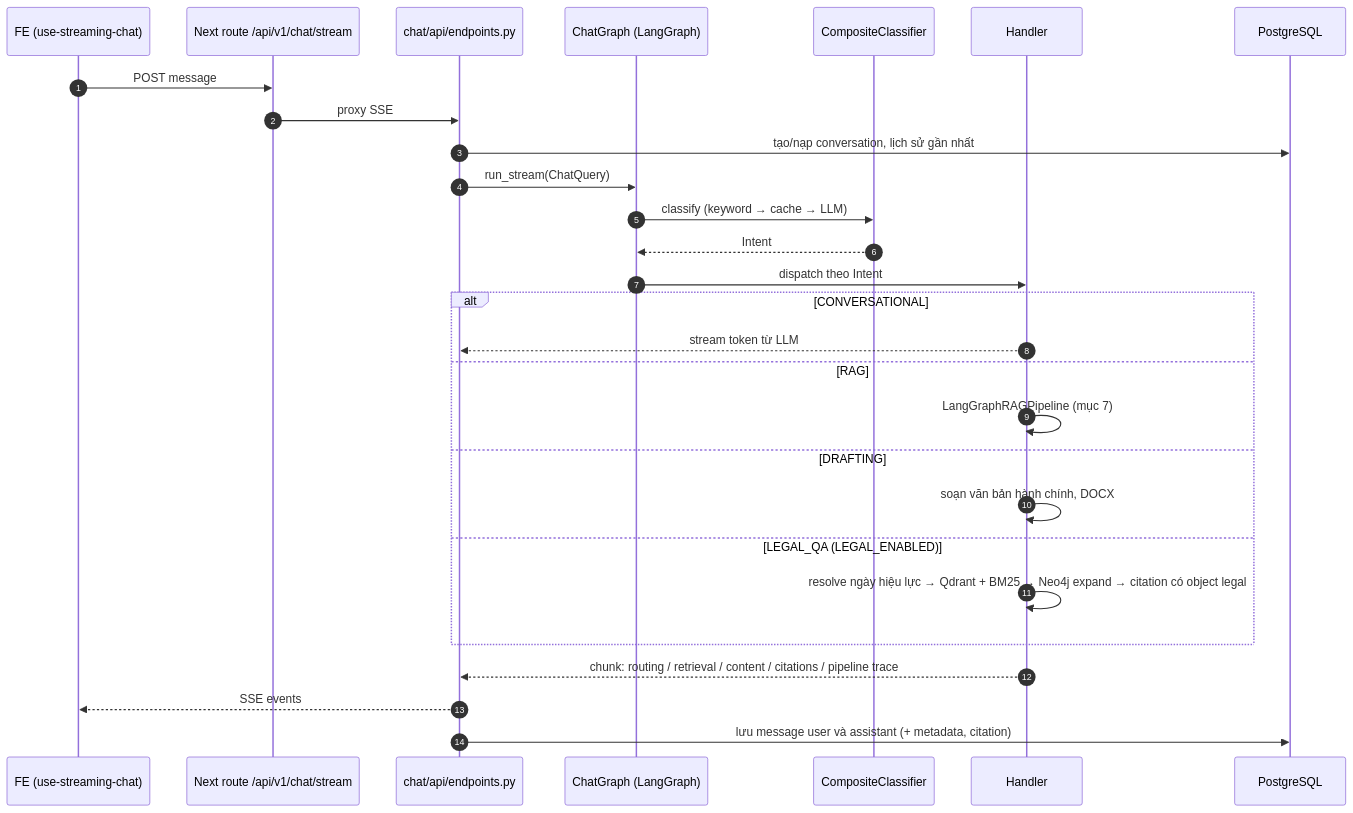
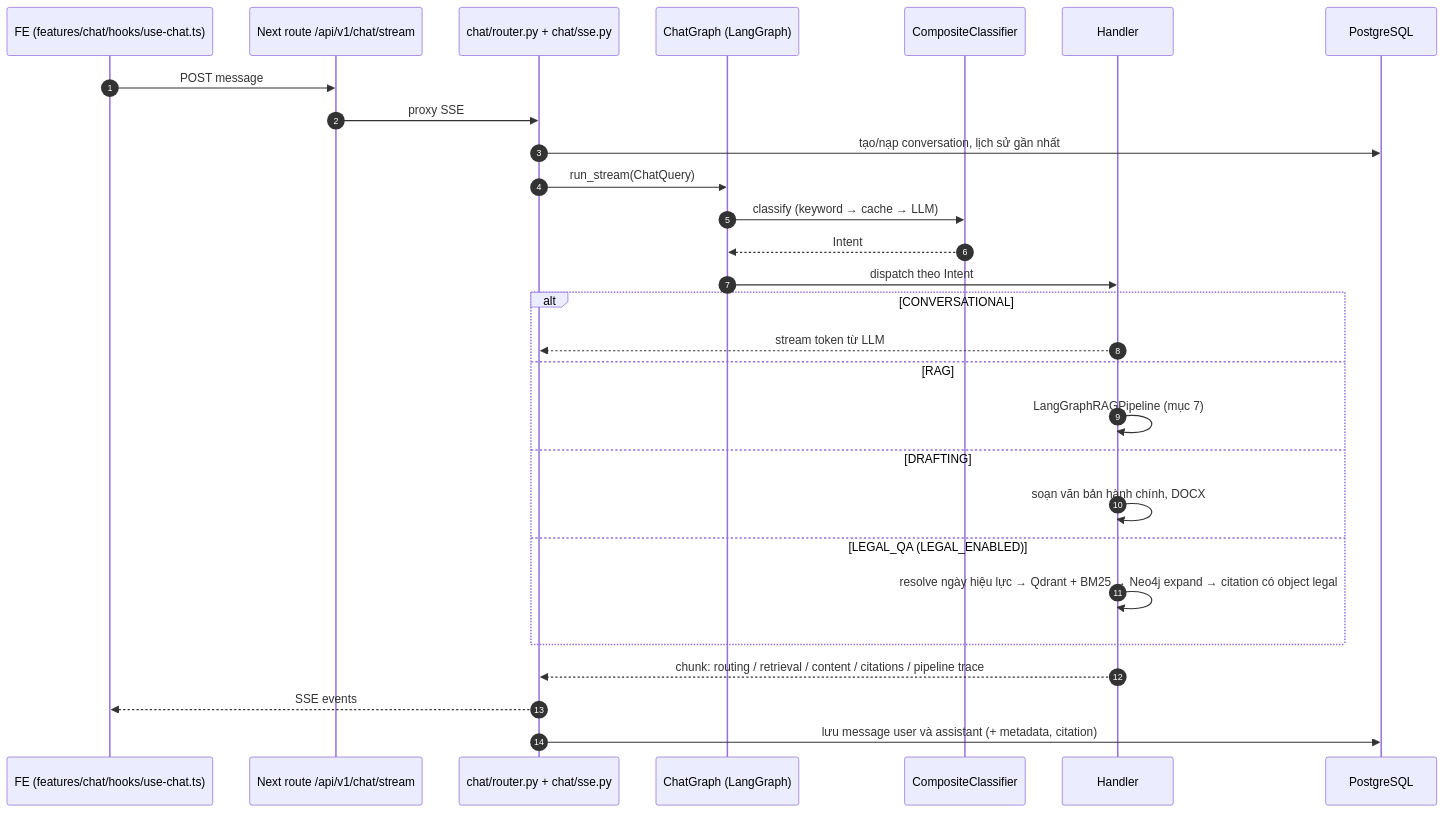
One commit to vuongngochau2004/kira changed the third of 5 diagrams in docs/architecture-and-flows.md. Above: the diagram before and after it, drawn with Mermaid. The commit also changed other lines of this file and 48 other files, not shown here.

````diff
--- a/docs/architecture-and-flows.md
+++ b/docs/architecture-and-flows.md
@@ -157,31 +150,31 @@
 ```mermaid
 sequenceDiagram
     autonumber
-    participant U as FE (use-streaming-chat)
+    participant U as FE (features/chat/hooks/use-chat.ts)
     participant N as Next route /api/v1/chat/stream
-    participant EP as chat/api/endpoints.py
+    participant EP as chat/router.py + chat/sse.py
     participant CG as ChatGraph (LangGraph)
     participant CL as CompositeClassifier
     participant H as Handler
     participant DB as PostgreSQL
 
     U->>N: POST message
     N->>EP: proxy SSE
     EP->>DB: tạo/nạp conversation, lịch sử gần nhất
     EP->>CG: run_stream(ChatQuery)
     CG->>CL: classify (keyword → cache → LLM)
     CL-->>CG: Intent
     CG->>H: dispatch theo Intent
     alt CONVERSATIONAL
         H-->>EP: stream token từ LLM
     else RAG
         H->>H: LangGraphRAGPipeline (mục 7)
     else DRAFTING
         H->>H: soạn văn bản hành chính, DOCX
     else LEGAL_QA (LEGAL_ENABLED)
         H->>H: resolve ngày hiệu lực → Qdrant + BM25 → Neo4j expand → citation có object legal
     end
     H-->>EP: chunk: routing / retrieval / content / citations / pipeline trace
     EP-->>U: SSE events
     EP->>DB: lưu message user và assistant (+ metadata, citation)
 ```
````
